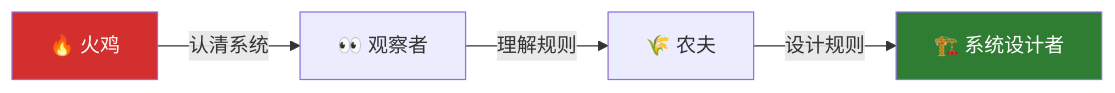
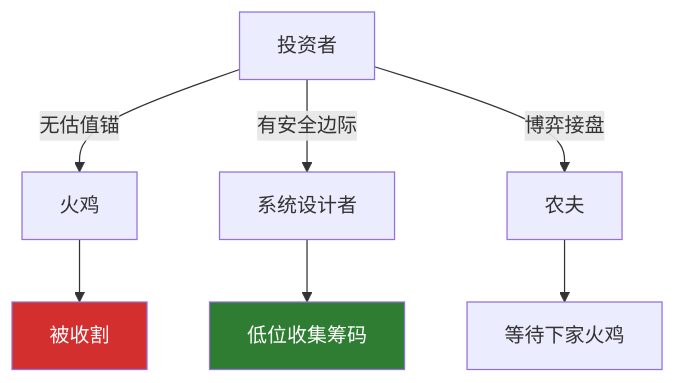
The seventh of 10 diagrams in fire-turkey-visual.md (pengjizhang/pengjizhang.github.io), drawn with Mermaid before and after one commit. The commit also changed other lines of this file and 1 other file, not shown here.

First line of the commit message:
火鸡问题系列独立板块 + #4改为图解总览

````diff
--- a/fire-turkey-visual.md
+++ b/fire-turkey-visual.md
@@ -50,9 +150,11 @@
 ```mermaid
-graph LR
-    A[🔥 火鸡] -->|认清系统| B[👀 观察者]
-    B -->|理解规则| C[🌾 农夫]
-    C -->|设计规则| D[🏗️ 系统设计者]
-
-    style A fill:#d32f2f,color:#fff
-    style D fill:#2e7d32,color:#fff
+graph TD
+    A[投资者] -->|无估值锚| B[火鸡]
+    A -->|有安全边际| C[系统设计者]
+    A -->|博弈接盘| D[农夫]
+    B --> E[被收割]
+    C --> F[低位收集筹码]
+    D --> G[等待下家火鸡]
+    style E fill:#d32f2f,color:#fff
+    style F fill:#2e7d32,color:#fff
 ```
````
